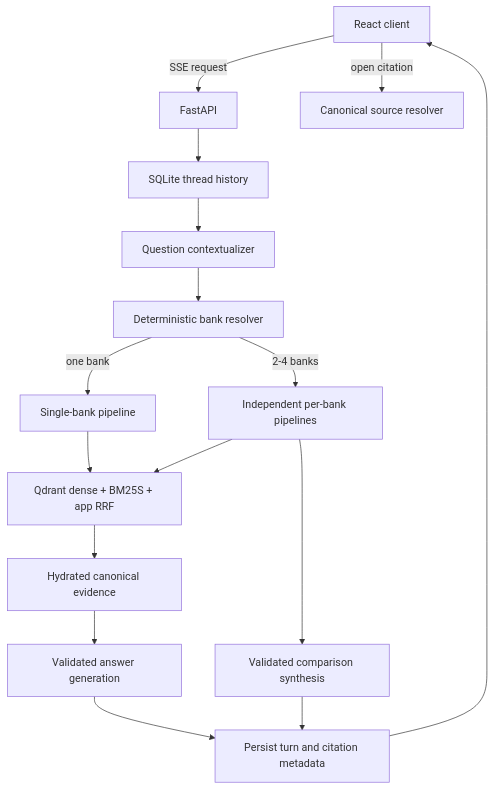
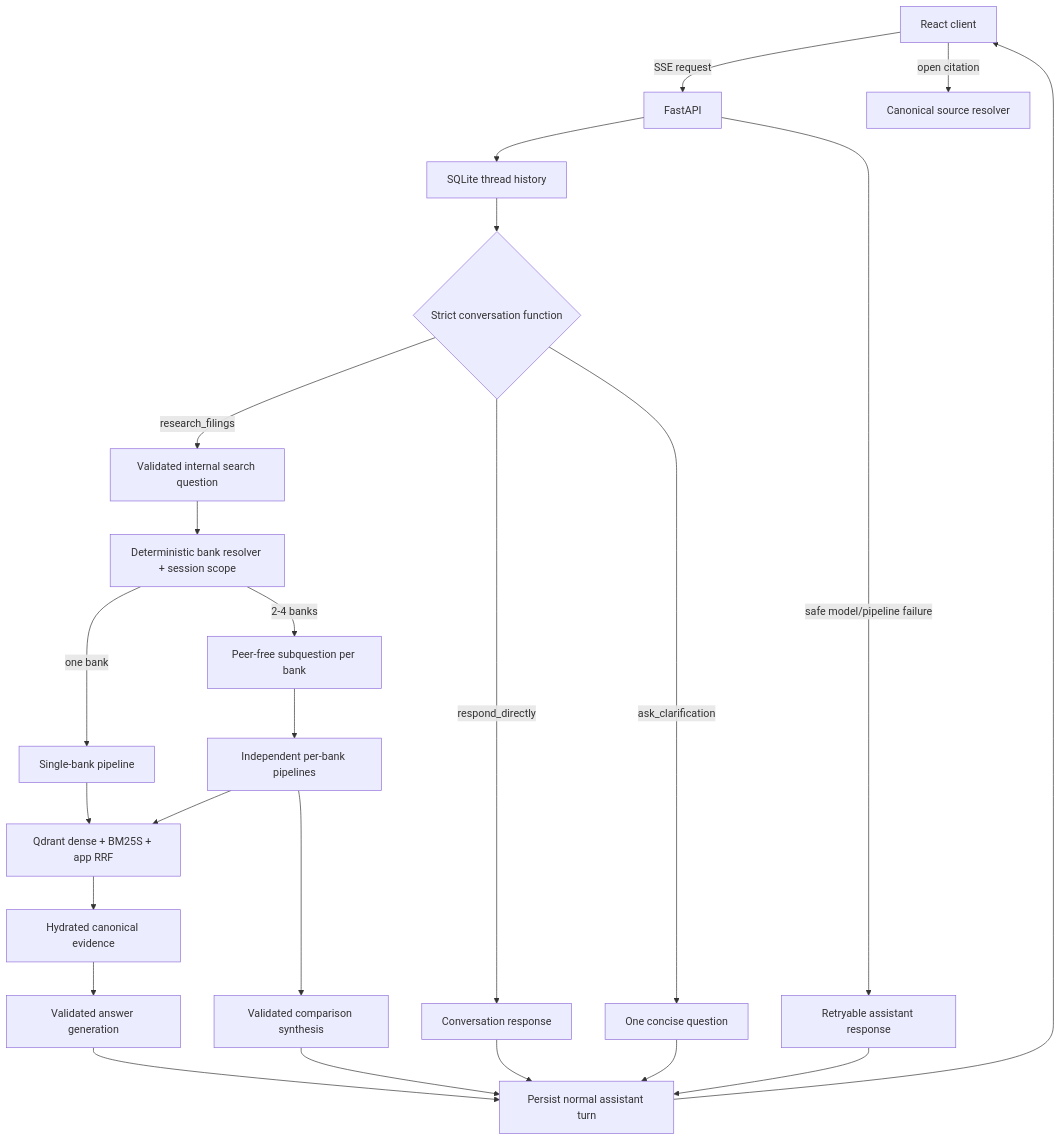
One commit to nikolabakic/Banking-Technology-and-Operational-Risk-Intelligence-Assistant changed the second of 2 diagrams in README.md. Above: the diagram before and after it, drawn with Mermaid. The commit also changed other lines of this file and 46 other files, not shown here.

First line of the commit message:
Add tests for bank resolver, chat store, conversation handling, and query planner

````diff
--- a/README.md
+++ b/README.md
@@ -151,18 +162,26 @@
 ```mermaid
 flowchart TD
     UI[React client] -->|SSE request| API[FastAPI]
     API --> History[SQLite thread history]
-    History --> Context[Question contextualizer]
-    Context --> Resolve[Deterministic bank resolver]
+    History --> FrontDoor{Strict conversation function}
+    FrontDoor -->|respond_directly| Direct[Conversation response]
+    FrontDoor -->|ask_clarification| Clarify[One concise question]
+    FrontDoor -->|research_filings| Context[Validated internal search question]
+    Context --> Resolve[Deterministic bank resolver + session scope]
     Resolve -->|one bank| Single[Single-bank pipeline]
-    Resolve -->|2-4 banks| Multi[Independent per-bank pipelines]
+    Resolve -->|2-4 banks| Plan[Peer-free subquestion per bank]
+    Plan --> Multi[Independent per-bank pipelines]
     Single --> Retrieval[Qdrant dense + BM25S + app RRF]
     Multi --> Retrieval
     Retrieval --> Evidence[Hydrated canonical evidence]
     Evidence --> Generate[Validated answer generation]
     Multi --> Synthesis[Validated comparison synthesis]
-    Generate --> Persist[Persist turn and citation metadata]
+    Generate --> Persist[Persist normal assistant turn]
     Synthesis --> Persist
+    Direct --> Persist
+    Clarify --> Persist
+    API -->|safe model/pipeline failure| Recovery[Retryable assistant response]
+    Recovery --> Persist
     Persist --> UI
     UI -->|open citation| Sources[Canonical source resolver]
 ```
````
